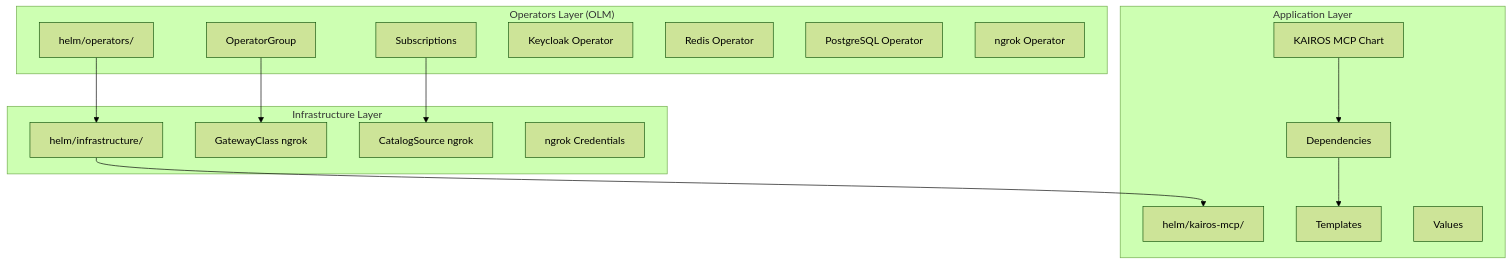
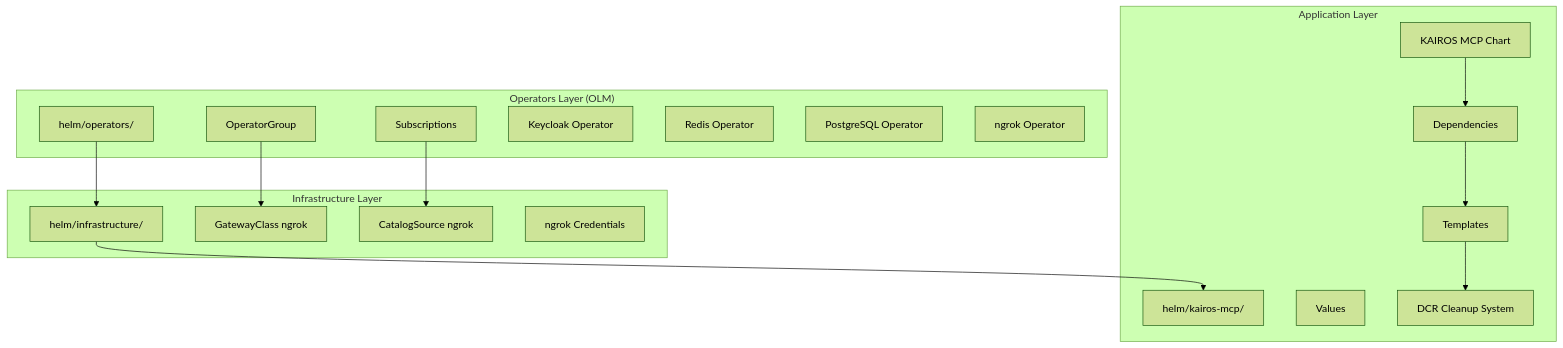
The first of 10 diagrams in .qoder/repowiki/en/content/Architecture & Design/Deployment & Infrastructure.md (debian777/kairos-mcp), drawn with Mermaid (forest theme) before and after one commit. The commit also changed other lines of this file and 16 other files, not shown here.

````diff
--- a/.qoder/repowiki/en/content/Architecture & Design/Deployment & Infrastructure.md
+++ b/.qoder/repowiki/en/content/Architecture & Design/Deployment & Infrastructure.md
@@ -68,31 +81,33 @@
 ```mermaid
 graph TB
 subgraph "Operators Layer (OLM)"
 O1["helm/operators/"]
 O2["OperatorGroup"]
 O3["Subscriptions"]
 O4["Keycloak Operator"]
 O5["Redis Operator"]
 O6["PostgreSQL Operator"]
 O7["ngrok Operator"]
 end
 subgraph "Infrastructure Layer"
 I1["helm/infrastructure/"]
 I2["GatewayClass ngrok"]
 I3["CatalogSource ngrok"]
 I4["ngrok Credentials"]
 end
 subgraph "Application Layer"
 A1["helm/kairos-mcp/"]
 A2["KAIROS MCP Chart"]
 A3["Dependencies"]
 A4["Templates"]
 A5["Values"]
+A6["DCR Cleanup System"]
 end
 O1 --> I1
 I1 --> A1
 O2 --> I2
 O3 --> I3
 A2 --> A3
 A3 --> A4
+A4 --> A6
 ```
````
